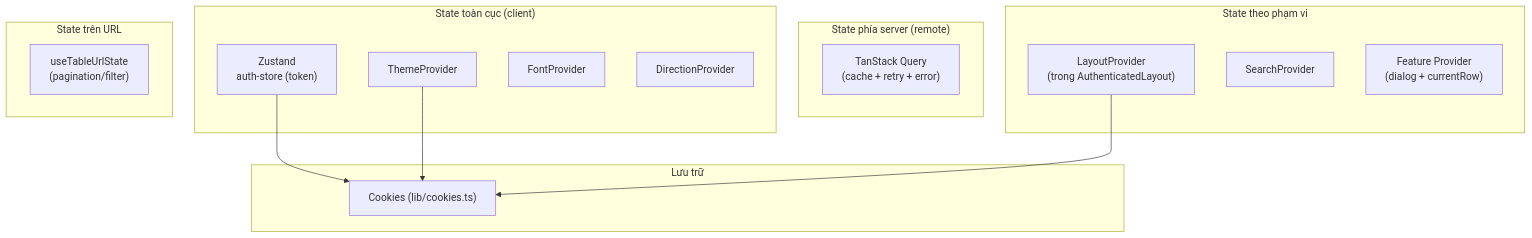
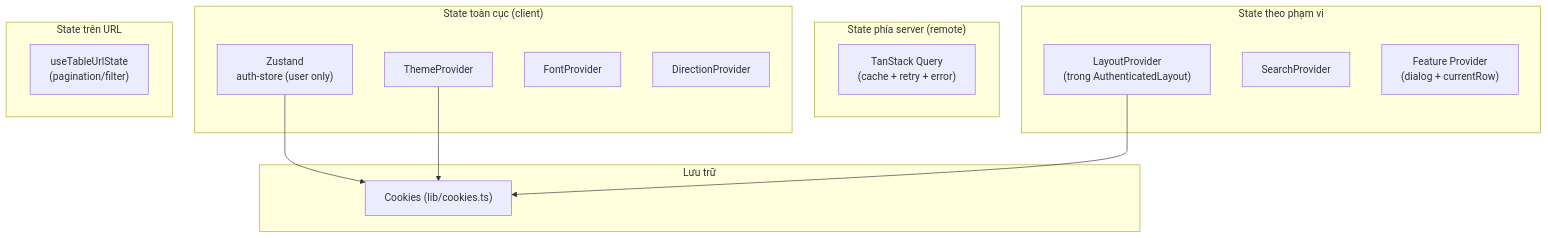
Before and after one commit to vanbienperu3107/shadcnAdminCustom: the diagram in docs/state-and-data.md, drawn with Mermaid. The commit also changed other lines of this file and 4 other files, not shown here.

First line of the commit message:
docs: reflect Google-OAuth-only auth + reduced auth-store

````diff
--- a/docs/state-and-data.md
+++ b/docs/state-and-data.md
@@ -6,27 +6,27 @@
 ```mermaid
 flowchart TD
     subgraph Server["State phía server (remote)"]
         RQ["TanStack Query<br/>(cache + retry + error)"]
     end
     subgraph Global["State toàn cục (client)"]
-        Z["Zustand<br/>auth-store (token)"]
+        Z["Zustand<br/>auth-store (user only)"]
         CtxTheme["ThemeProvider"]
         CtxFont["FontProvider"]
         CtxDir["DirectionProvider"]
     end
     subgraph Scoped["State theo phạm vi"]
         CtxLayout["LayoutProvider<br/>(trong AuthenticatedLayout)"]
         CtxSearch["SearchProvider"]
         FeatCtx["Feature Provider<br/>(dialog + currentRow)"]
     end
     subgraph URL["State trên URL"]
         TableURL["useTableUrlState<br/>(pagination/filter)"]
     end
     subgraph Persist["Lưu trữ"]
         CK["Cookies (lib/cookies.ts)"]
     end
 
     Z --> CK
     CtxTheme --> CK
     CtxLayout --> CK
 ```
````
